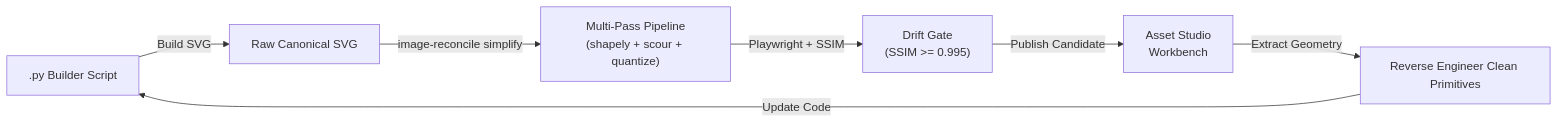
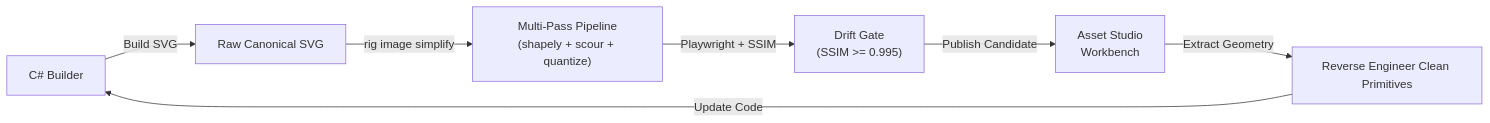
Before and after one commit to rtkelly13/rig: the first of 3 diagrams in docs/brand-assets/svg-simplification-and-reverse-engineering.md, drawn with Mermaid. The commit also changed other lines of this file and 59 other files, not shown here.

Commit message:
docs(image): drop the image-drift references now the pipeline is C# (#327)

````diff
--- a/docs/brand-assets/svg-simplification-and-reverse-engineering.md
+++ b/docs/brand-assets/svg-simplification-and-reverse-engineering.md
@@ -20,9 +20,9 @@
 ```mermaid
 flowchart LR
-    A[".py Builder Script"] -->|Build SVG| B["Raw Canonical SVG"]
-    B -->|image-reconcile simplify| C["Multi-Pass Pipeline\n(shapely + scour + quantize)"]
+    A["C# Builder"] -->|Build SVG| B["Raw Canonical SVG"]
+    B -->|rig image simplify| C["Multi-Pass Pipeline\n(shapely + scour + quantize)"]
     C -->|Playwright + SSIM| D["Drift Gate\n(SSIM >= 0.995)"]
     D -->|Publish Candidate| E["Asset Studio\nWorkbench"]
     E -->|Extract Geometry| F["Reverse Engineer Clean Primitives"]
     F -->|Update Code| A
 ```
````
